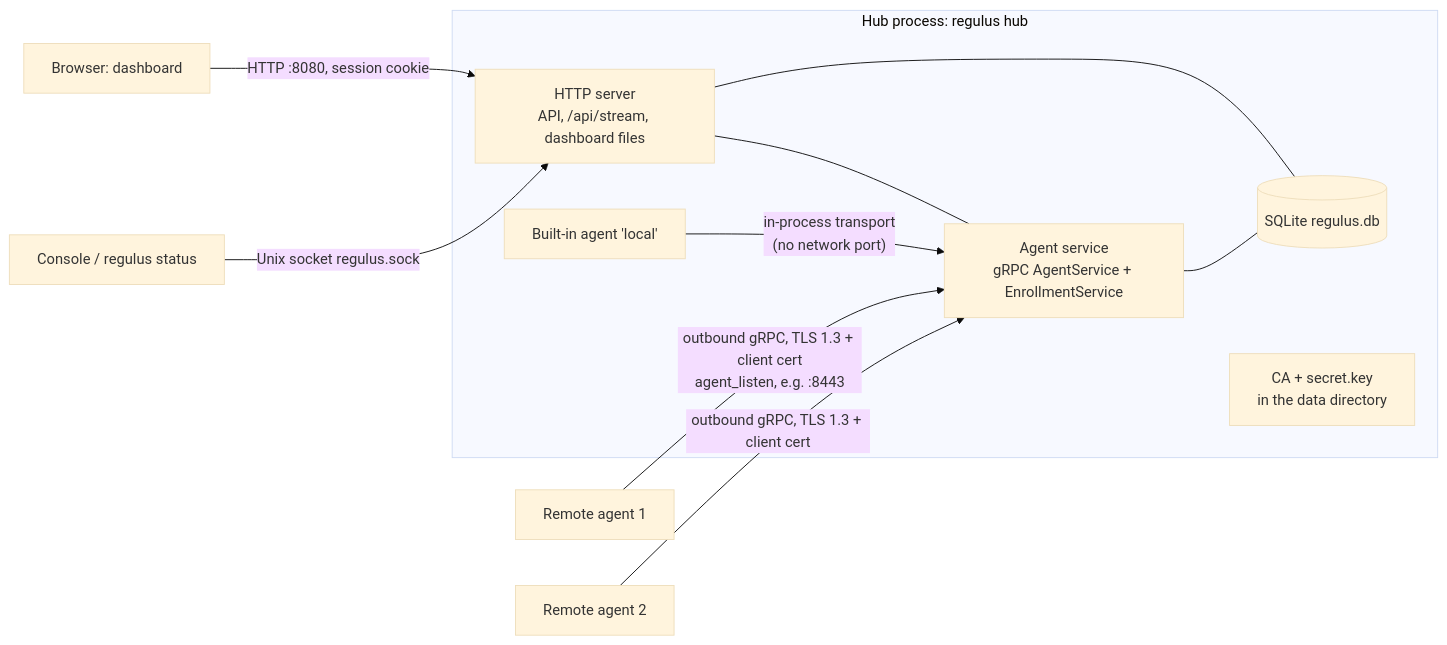
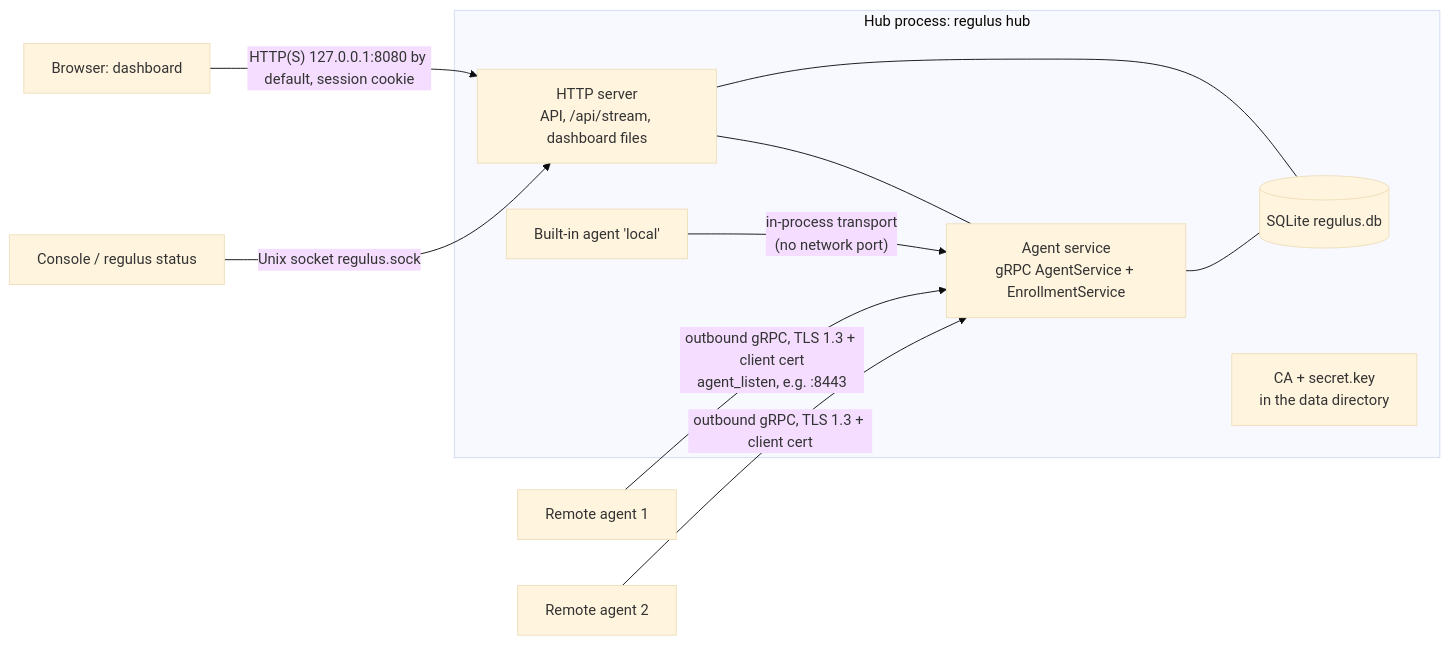
One commit to Stellatinus/Regulus changed the first of 5 diagrams in docs/architecture.md. Above: the diagram before and after it, drawn with Mermaid (base theme). The commit also changed other lines of this file and 29 other files, not shown here.

````diff
--- a/docs/architecture.md
+++ b/docs/architecture.md
@@ -34,18 +34,18 @@
 ```mermaid
 flowchart LR
-    B["Browser: dashboard"] -- "HTTP :8080, session cookie" --> H
+    B["Browser: dashboard"] -- "HTTP(S) 127.0.0.1:8080 by default, session cookie" --> H
     C["Console / regulus status"] -- "Unix socket regulus.sock" --> H
     subgraph HUBP ["Hub process: regulus hub"]
         H["HTTP server<br/>API, /api/stream, dashboard files"]
         A["Agent service<br/>gRPC AgentService + EnrollmentService"]
         BA["Built-in agent 'local'"]
         DB[("SQLite regulus.db")]
         CA["CA + secret.key<br/>in the data directory"]
         H --- A
         H --- DB
         A --- DB
         BA -- "in-process transport<br/>(no network port)" --> A
     end
     R1["Remote agent 1"] -- "outbound gRPC, TLS 1.3 + client cert<br/>agent_listen, e.g. :8443" --> A
     R2["Remote agent 2"] -- "outbound gRPC, TLS 1.3 + client cert" --> A
 ```
````
